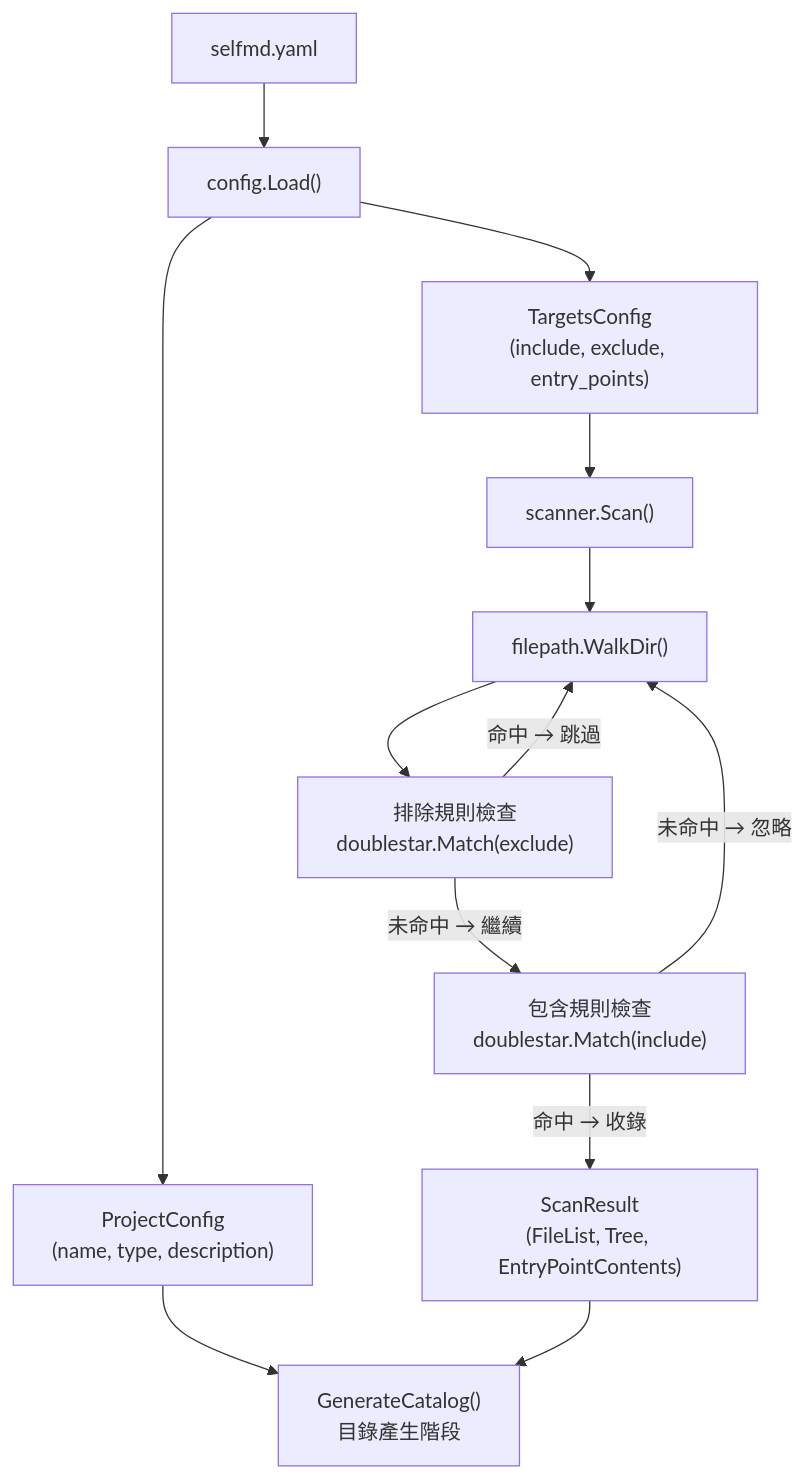
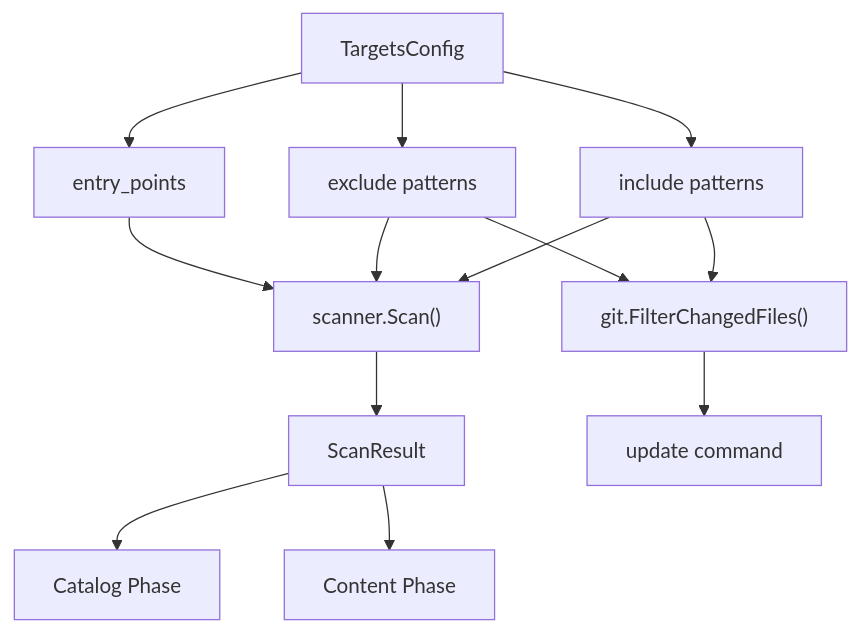
One commit to monkenWu/selfmd-claude-code changed the first of 2 diagrams in docs/configuration/project-targets/index.md. Above: the diagram before and after it, drawn with Mermaid. The commit also changed other lines of this file and 145 other files, not shown here.

````diff
--- a/docs/configuration/project-targets/index.md
+++ b/docs/configuration/project-targets/index.md
@@ -18,26 +13,25 @@
 ```mermaid
 flowchart TD
-    YAML["selfmd.yaml"]
-    Load["config.Load()"]
-    ProjectConfig["ProjectConfig\n(name, type, description)"]
-    TargetsConfig["TargetsConfig\n(include, exclude, entry_points)"]
+    Config["TargetsConfig"]
     Scanner["scanner.Scan()"]
-    WalkDir["filepath.WalkDir()"]
-    ExcludeCheck["排除規則檢查\ndoublestar.Match(exclude)"]
-    IncludeCheck["包含規則檢查\ndoublestar.Match(include)"]
-    ScanResult["ScanResult\n(FileList, Tree, EntryPointContents)"]
-    CatalogPhase["GenerateCatalog()\n目錄產生階段"]
+    GitFilter["git.FilterChangedFiles()"]
+    Include["include patterns"]
+    Exclude["exclude patterns"]
+    EntryPoints["entry_points"]
 
-    YAML --> Load
-    Load --> ProjectConfig
-    Load --> TargetsConfig
-    TargetsConfig --> Scanner
-    Scanner --> WalkDir
-    WalkDir --> ExcludeCheck
-    ExcludeCheck -->|"未命中 → 繼續"| IncludeCheck
-    ExcludeCheck -->|"命中 → 跳過"| WalkDir
-    IncludeCheck -->|"命中 → 收錄"| ScanResult
-    IncludeCheck -->|"未命中 → 忽略"| WalkDir
-    ProjectConfig --> CatalogPhase
-    ScanResult --> CatalogPhase
+    Config --> Include
+    Config --> Exclude
+    Config --> EntryPoints
+
+    Include --> Scanner
+    Exclude --> Scanner
+    EntryPoints --> Scanner
+
+    Include --> GitFilter
+    Exclude --> GitFilter
+
+    Scanner --> ScanResult["ScanResult"]
+    ScanResult --> CatalogPhase["Catalog Phase"]
+    ScanResult --> ContentPhase["Content Phase"]
+    GitFilter --> UpdateCmd["update command"]
 ```
````
